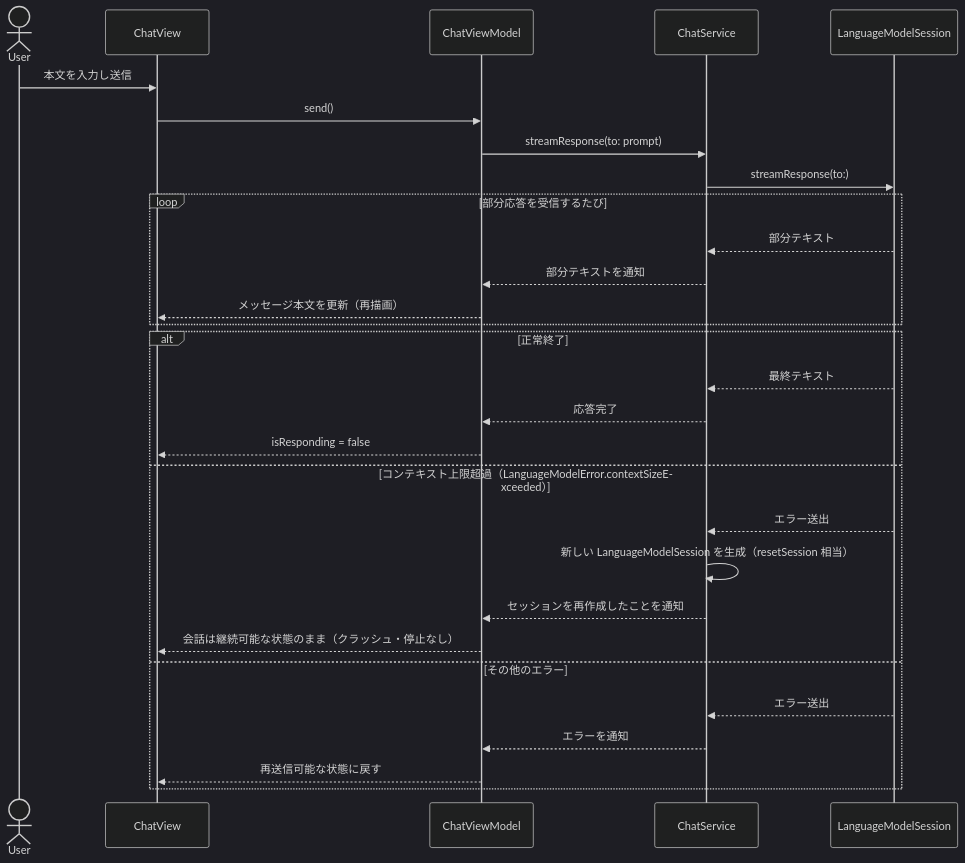
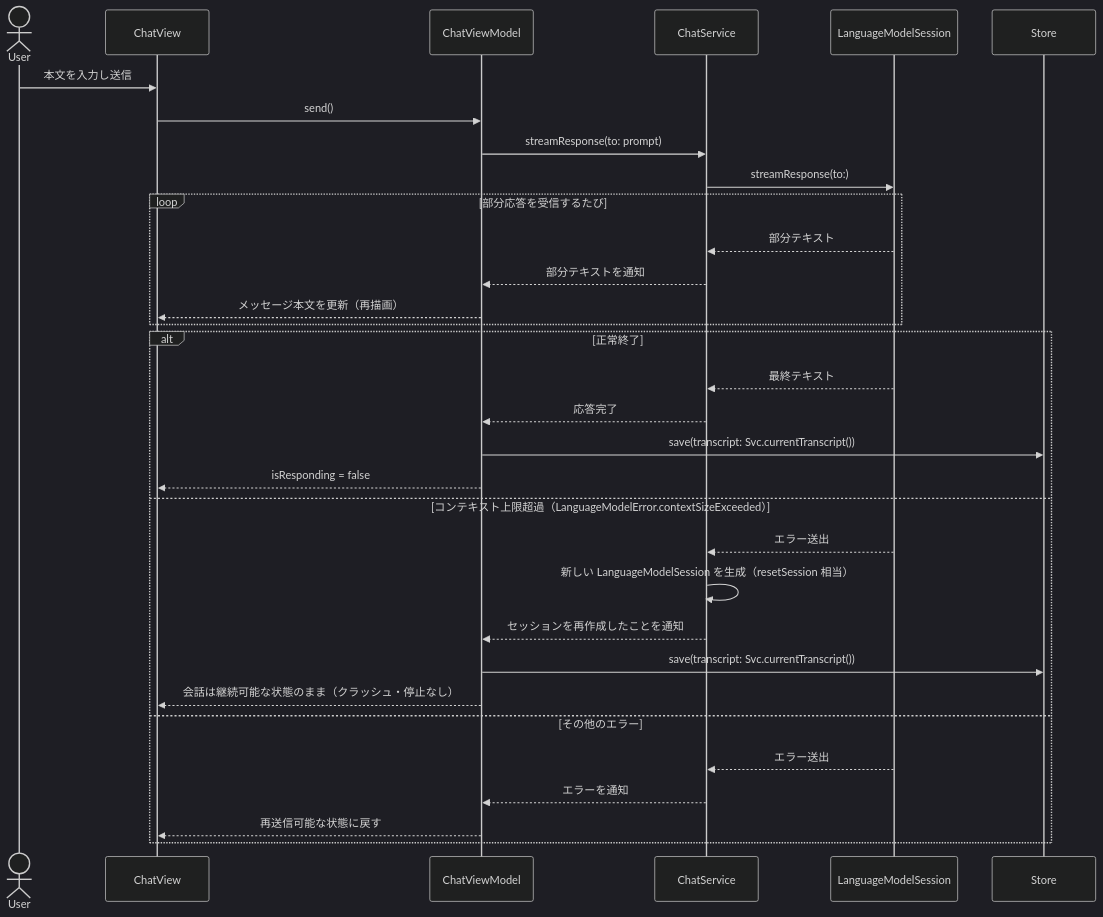
One commit to neko3cs/apple-fm-chat-app changed the third of 4 diagrams in docs/design.md. Above: the diagram before and after it, drawn with Mermaid (dark theme). The commit also changed other lines of this file and 3 other files, not shown here.

````diff
--- a/docs/design.md
+++ b/docs/design.md
@@ -54,33 +97,35 @@
 ```mermaid
 sequenceDiagram
     actor User
     participant View as ChatView
     participant VM as ChatViewModel
     participant Svc as ChatService
     participant Session as LanguageModelSession
 
     User->>View: 本文を入力し送信
     View->>VM: send()
     VM->>Svc: streamResponse(to: prompt)
     Svc->>Session: streamResponse(to:)
     loop 部分応答を受信するたび
         Session-->>Svc: 部分テキスト
         Svc-->>VM: 部分テキストを通知
         VM-->>View: メッセージ本文を更新（再描画）
     end
 
     alt 正常終了
         Session-->>Svc: 最終テキスト
         Svc-->>VM: 応答完了
+        VM->>Store: save(transcript: Svc.currentTranscript())
         VM-->>View: isResponding = false
     else コンテキスト上限超過（LanguageModelError.contextSizeExceeded）
         Session-->>Svc: エラー送出
         Svc->>Svc: 新しい LanguageModelSession を生成（resetSession 相当）
         Svc-->>VM: セッションを再作成したことを通知
+        VM->>Store: save(transcript: Svc.currentTranscript())
         VM-->>View: 会話は継続可能な状態のまま（クラッシュ・停止なし）
     else その他のエラー
         Session-->>Svc: エラー送出
         Svc-->>VM: エラーを通知
         VM-->>View: 再送信可能な状態に戻す
     end
 ```
````
